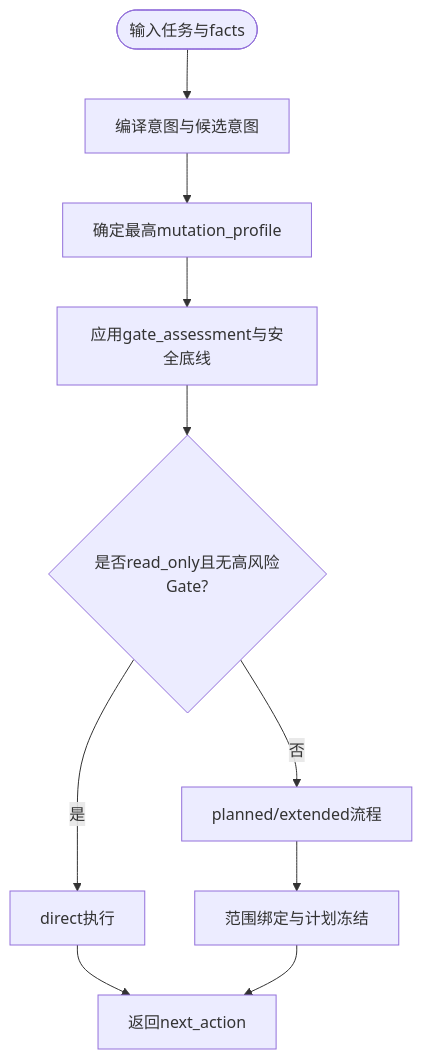
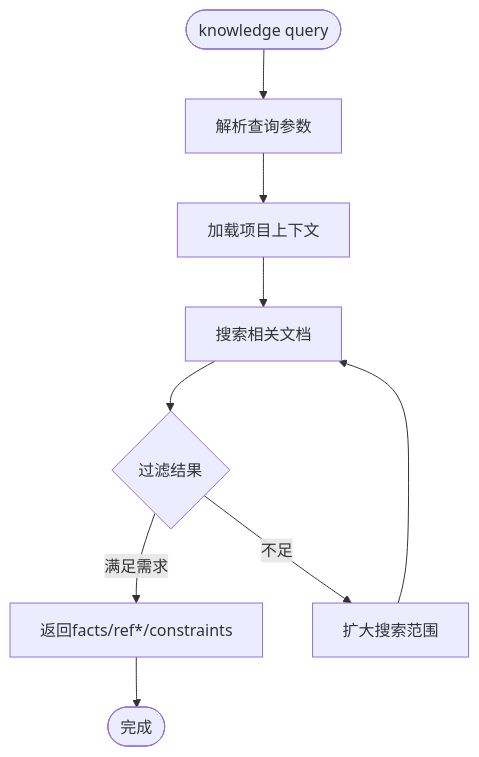
One commit to HackSing/docs-harness changed the third of 6 diagrams in .qoder/repowiki/zh/content/项目概述.md. Above: the diagram before and after it, drawn with Mermaid. The commit also changed other lines of this file and 42 other files, not shown here.

````diff
--- a/.qoder/repowiki/zh/content/项目概述.md
+++ b/.qoder/repowiki/zh/content/项目概述.md
@@ -121,12 +124,11 @@
 ```mermaid
 flowchart TD
-Start(["输入任务与facts"]) --> CompileIntent["编译意图与候选意图"]
-CompileIntent --> DetermineProfile["确定最高mutation_profile"]
-DetermineProfile --> GateAssess["应用gate_assessment与安全底线"]
-GateAssess --> RouteDecide{"是否read_only且无高风险Gate?"}
-RouteDecide --> |是| Direct["direct执行"]
-RouteDecide --> |否| Planned["planned/extended流程"]
-Planned --> ScopeBound["范围绑定与计划冻结"]
-Direct --> NextStep["返回next_action"]
-ScopeBound --> NextStep
+Start(["knowledge query"]) --> ParseQuery["解析查询参数"]
+ParseQuery --> LoadContext["加载项目上下文"]
+LoadContext --> SearchDocs["搜索相关文档"]
+SearchDocs --> FilterResults{"过滤结果"}
+FilterResults --> |满足需求| ReturnFacts["返回facts/ref*/constraints"]
+FilterResults --> |不足| ExpandScope["扩大搜索范围"]
+ExpandScope --> SearchDocs
+ReturnFacts --> End(["完成"])
 ```
````
